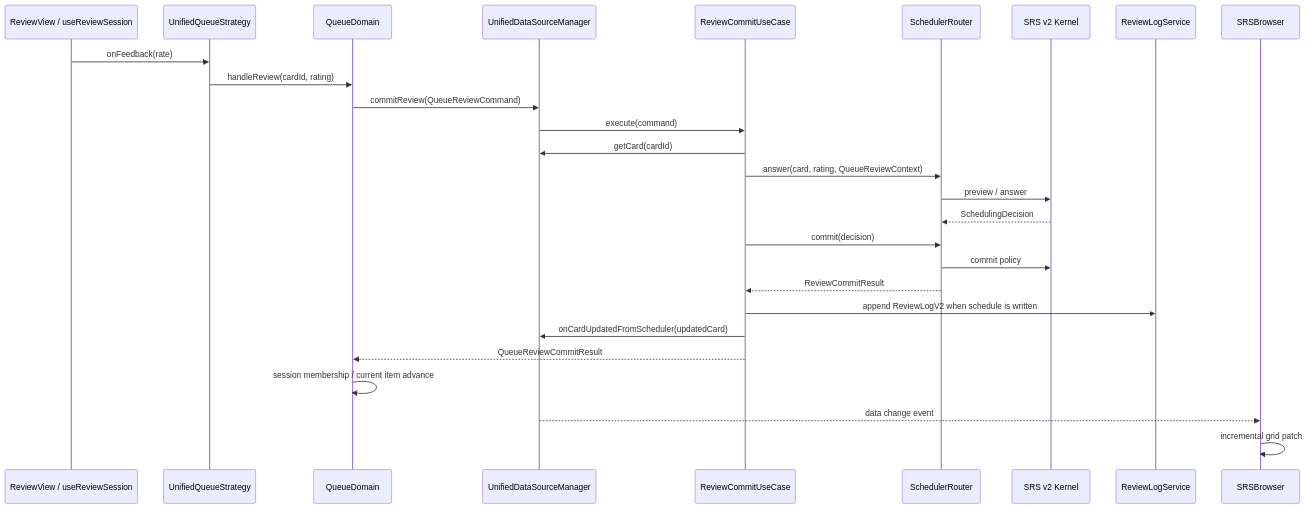
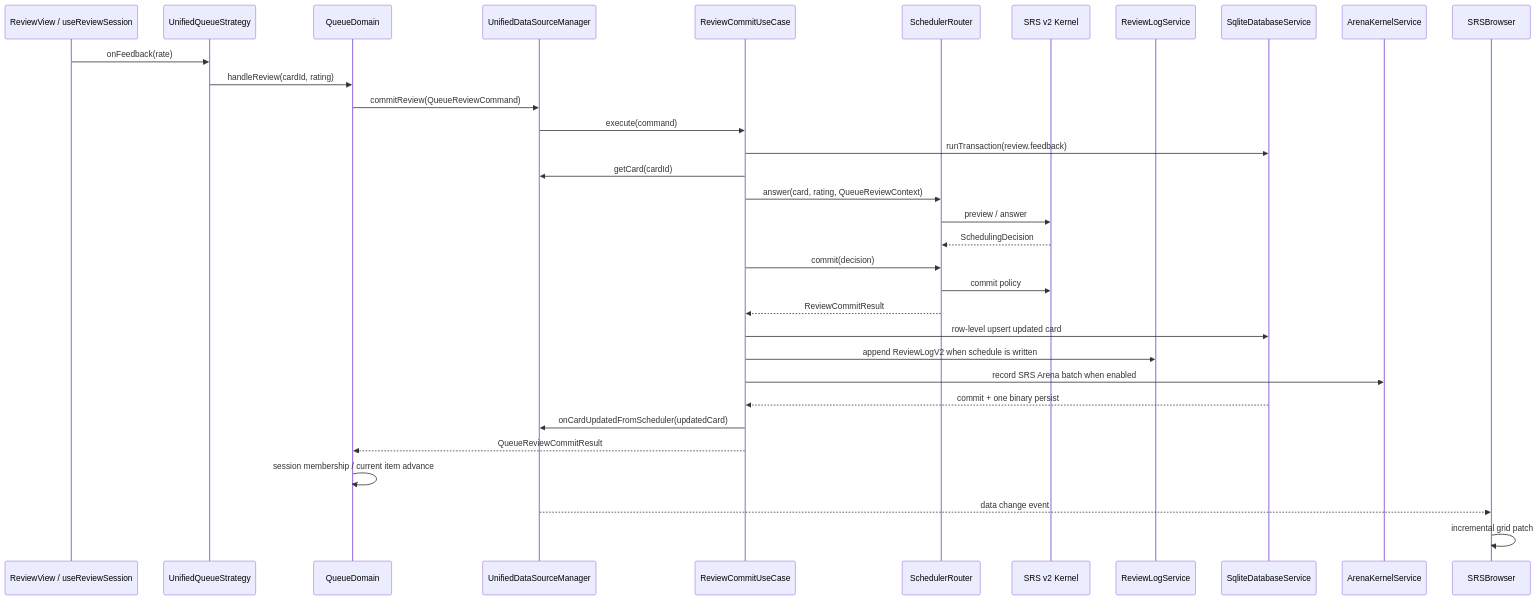
Before and after one commit to Dammyxy/siyuanmemoSRC: the second of 2 diagrams in ARCHITECTURE.md, drawn with Mermaid. The commit also changed other lines of this file and 16 other files, not shown here.

````diff
--- a/ARCHITECTURE.md
+++ b/ARCHITECTURE.md
@@ -181,30 +181,36 @@
 ```mermaid
 sequenceDiagram
   participant UI as ReviewView / useReviewSession
   participant QS as UnifiedQueueStrategy
   participant Q as QueueDomain
   participant UDSM as UnifiedDataSourceManager
   participant RCU as ReviewCommitUseCase
   participant SR as SchedulerRouter
   participant SRS as SRS v2 Kernel
   participant LOG as ReviewLogService
+  participant SQL as SqliteDatabaseService
+  participant AR as ArenaKernelService
   participant B as SRSBrowser
 
   UI->>QS: onFeedback(rate)
   QS->>Q: handleReview(cardId, rating)
   Q->>UDSM: commitReview(QueueReviewCommand)
   UDSM->>RCU: execute(command)
+  RCU->>SQL: runTransaction(review.feedback)
   RCU->>UDSM: getCard(cardId)
   RCU->>SR: answer(card, rating, QueueReviewContext)
   SR->>SRS: preview / answer
   SRS-->>SR: SchedulingDecision
   RCU->>SR: commit(decision)
   SR->>SRS: commit policy
   SR-->>RCU: ReviewCommitResult
+  RCU->>SQL: row-level upsert updated card
   RCU->>LOG: append ReviewLogV2 when schedule is written
+  RCU->>AR: record SRS Arena batch when enabled
+  SQL-->>RCU: commit + one binary persist
   RCU->>UDSM: onCardUpdatedFromScheduler(updatedCard)
   RCU-->>Q: QueueReviewCommitResult
   Q->>Q: session membership / current item advance
   UDSM-->>B: data change event
   B->>B: incremental grid patch
 ```
````
